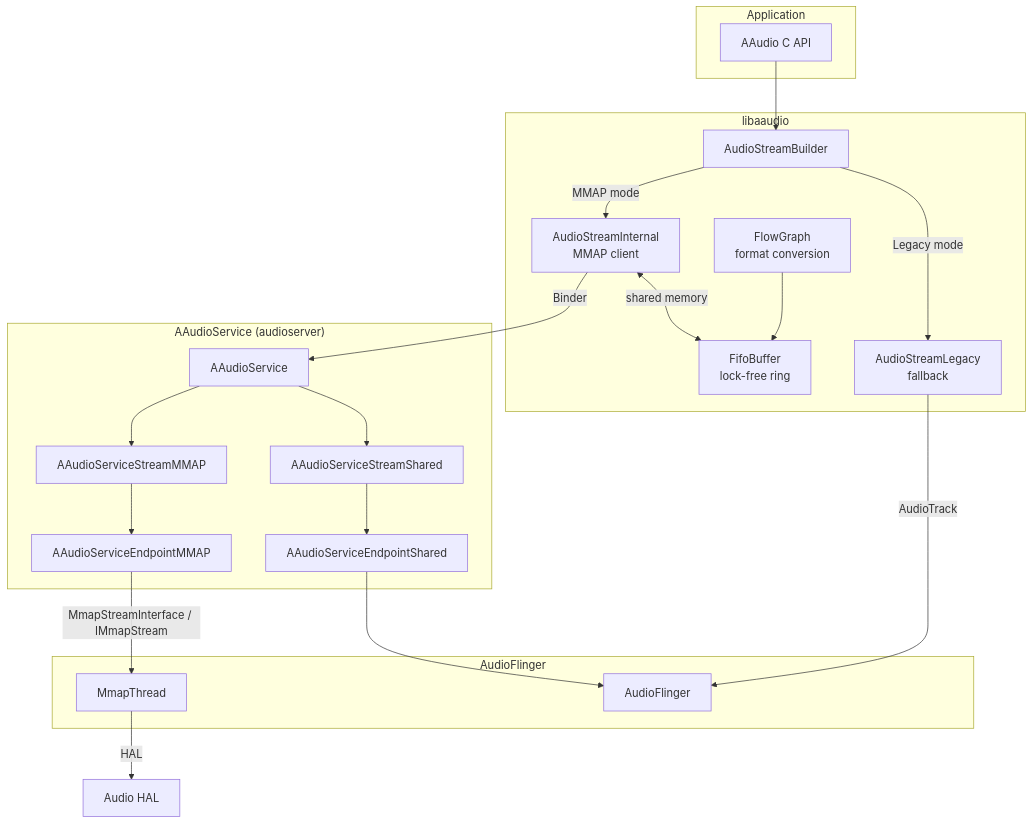
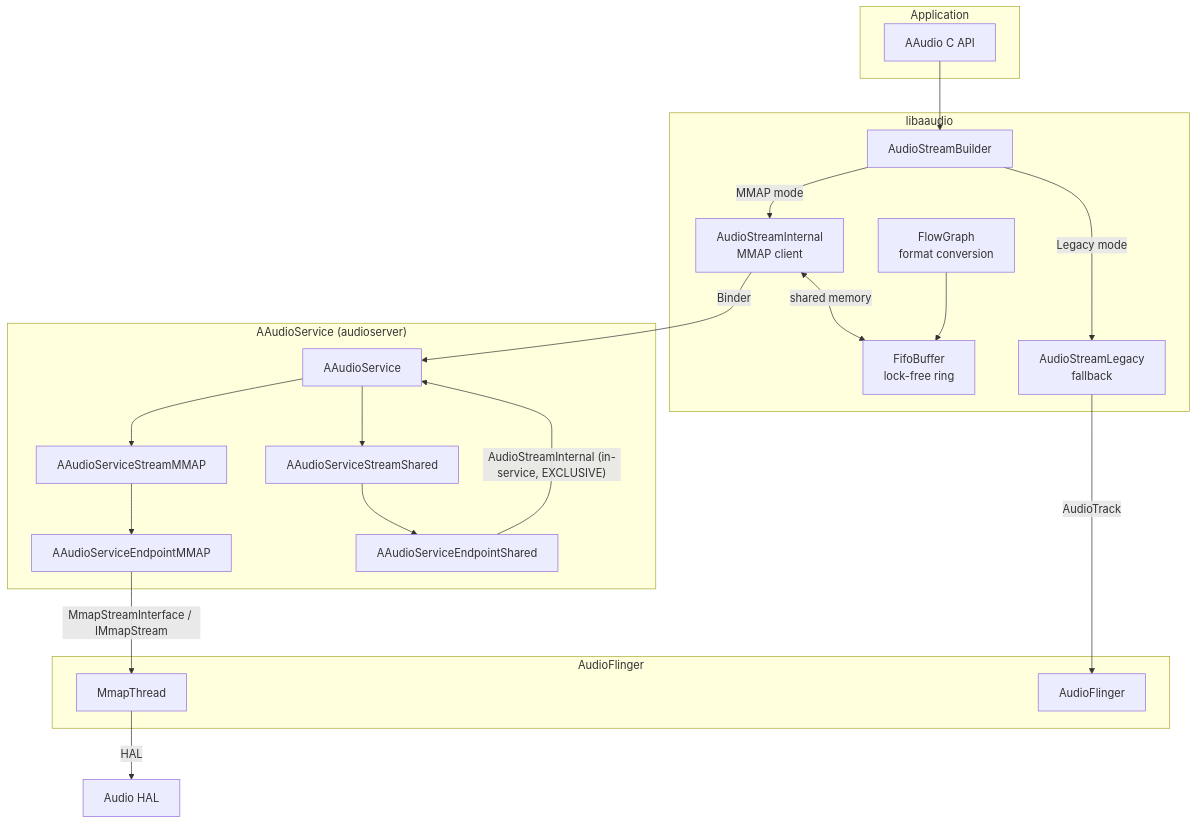
The ninth of 26 diagrams in 15-audio-system.md (aospbooks/aosp-internal-book), drawn with Mermaid before and after one commit. The commit also changed other lines of this file and 218 other files, not shown here.

````diff
--- a/15-audio-system.md
+++ b/15-audio-system.md
@@ -2070,42 +2093,42 @@
 ```mermaid
 graph TB
     subgraph "Application"
         APP[AAudio C API]
     end
 
     subgraph "libaaudio"
         ASB[AudioStreamBuilder]
         ASI["AudioStreamInternal<br/>MMAP client"]
         ASL["AudioStreamLegacy<br/>fallback"]
         FIFO["FifoBuffer<br/>lock-free ring"]
         FG["FlowGraph<br/>format conversion"]
     end
 
     subgraph "AAudioService (audioserver)"
         AAS[AAudioService]
         SSMMAP[AAudioServiceStreamMMAP]
         SSShared[AAudioServiceStreamShared]
         EPMMAP[AAudioServiceEndpointMMAP]
         EPShared[AAudioServiceEndpointShared]
     end
 
     subgraph "AudioFlinger"
         AF[AudioFlinger]
         MMAPT[MmapThread]
     end
 
     APP --> ASB
     ASB -->|MMAP mode| ASI
     ASB -->|Legacy mode| ASL
     ASI -->|Binder| AAS
     ASL -->|AudioTrack| AF
     AAS --> SSMMAP
     AAS --> SSShared
     SSMMAP --> EPMMAP
     SSShared --> EPShared
-    EPShared --> AF
+    EPShared -->|"AudioStreamInternal (in-service, EXCLUSIVE)"| AAS
     EPMMAP -->|"MmapStreamInterface / IMmapStream"| MMAPT
     MMAPT -->|HAL| HAL[Audio HAL]
     ASI <-->|shared memory| FIFO
     FG --> FIFO
 ```
````
